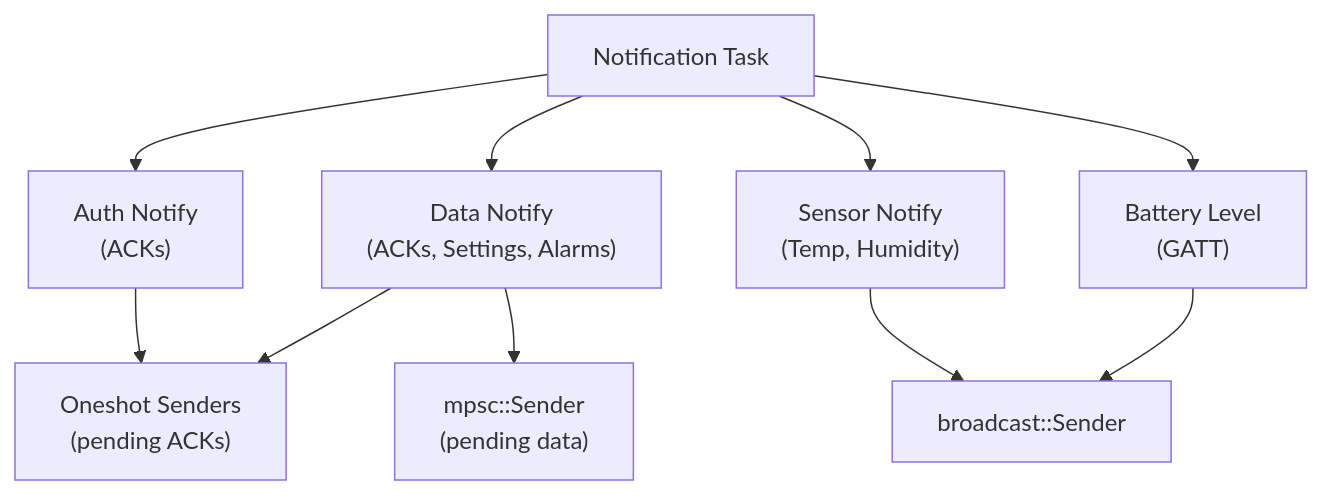
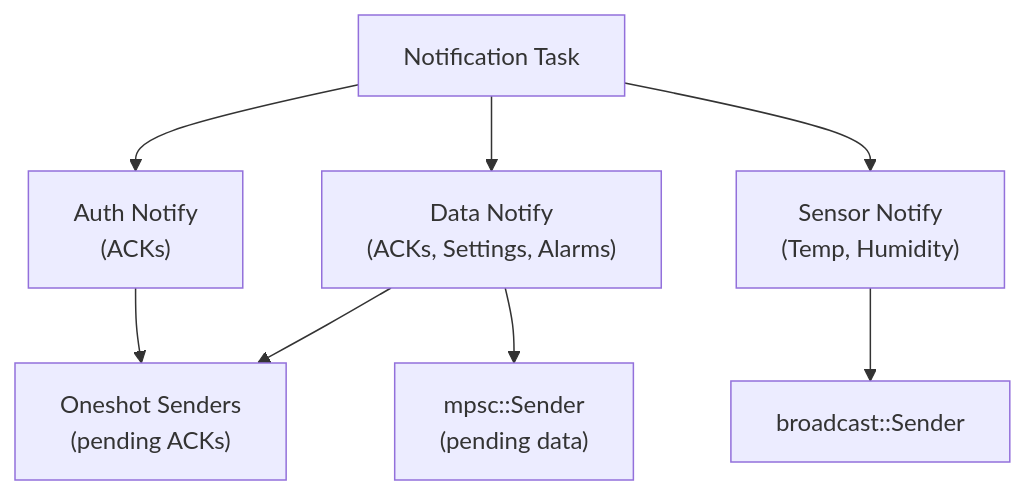
The third of 3 diagrams in book/src/architecture.md (smearor/cgd1-rs), drawn with Mermaid before and after one commit. The commit also changed other lines of this file and 5 other files, not shown here.

````diff
--- a/book/src/architecture.md
+++ b/book/src/architecture.md
@@ -87,21 +91,18 @@
 ```mermaid
 flowchart TB
     NotifyTask["Notification Task"]
     AuthNotify["Auth Notify<br/>(ACKs)"]
     DataNotify["Data Notify<br/>(ACKs, Settings, Alarms)"]
     SensorNotify["Sensor Notify<br/>(Temp, Humidity)"]
-    Battery["Battery Level<br/>(GATT)"]
     EventChannel["broadcast::Sender<br/><ClockEvent>"]
     AckMap["Oneshot Senders<br/>(pending ACKs)"]
     DataChannel["mpsc::Sender<br/>(pending data)"]
 
     NotifyTask --> AuthNotify
     NotifyTask --> DataNotify
     NotifyTask --> SensorNotify
-    NotifyTask --> Battery
     AuthNotify --> AckMap
     DataNotify --> AckMap
     DataNotify --> DataChannel
     SensorNotify --> EventChannel
-    Battery --> EventChannel
 ```
````
